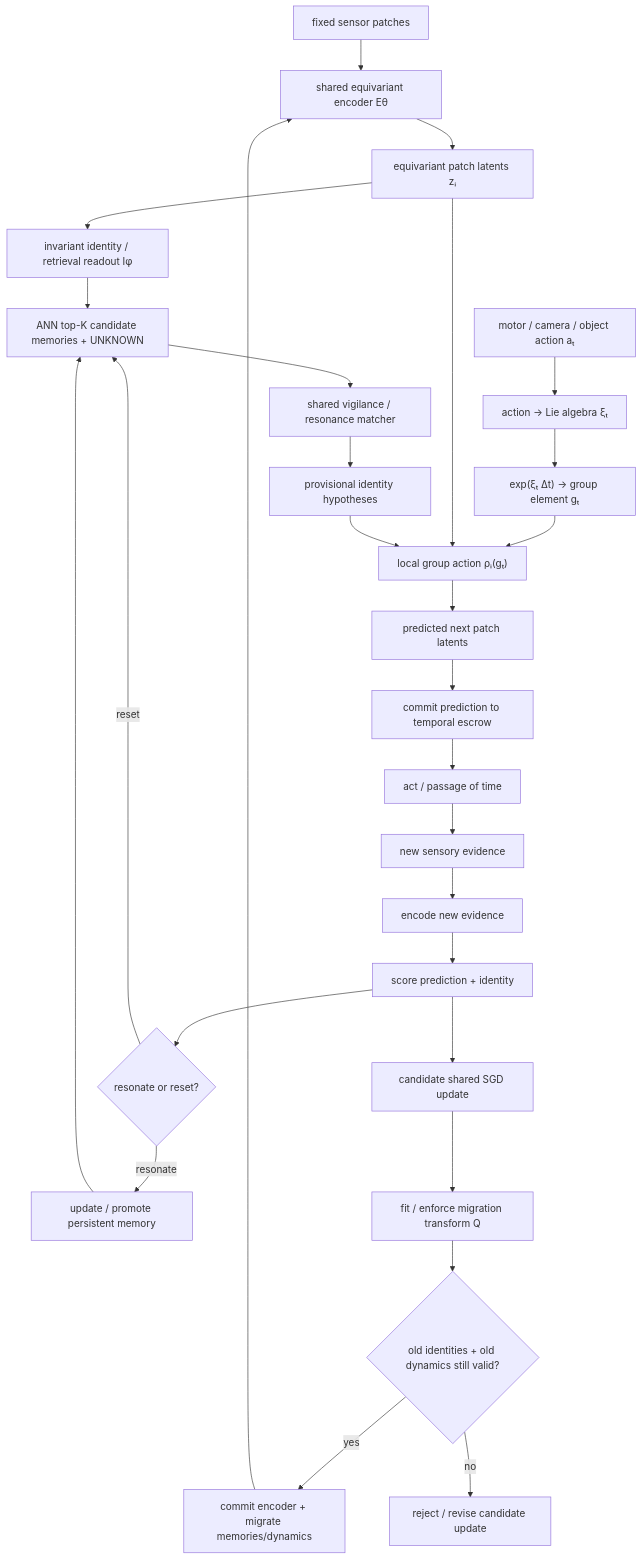
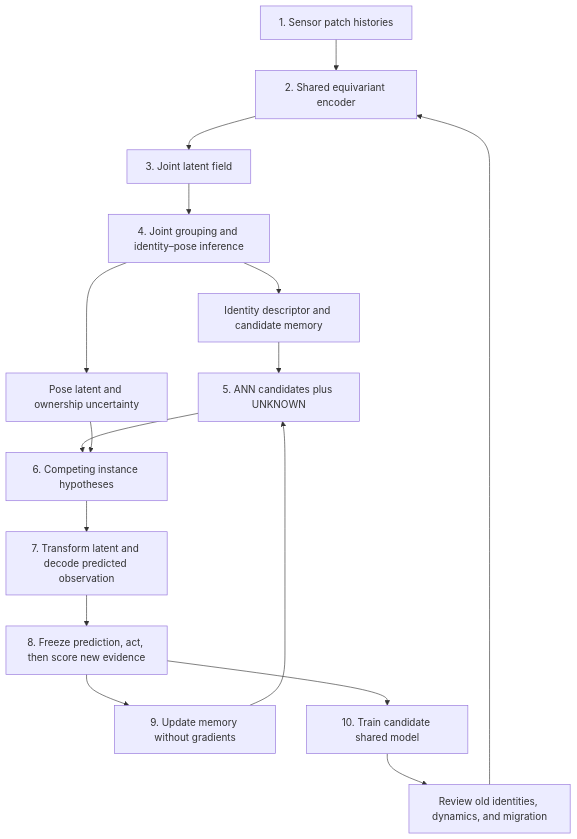
One commit to spencerbug/spencerbug.github.io changed the first of 2 diagrams in _posts/2026-09-28-temporal-escrow-resonance.md. Above: the diagram before and after it, drawn with Mermaid. The commit also changed other lines of this file and 2 other files, not shown here.

First line of the commit message:
Rename architecture to MORPH and address review feedback

```diff
--- a/_posts/2026-09-28-temporal-escrow-resonance.md
+++ b/_posts/2026-09-28-temporal-escrow-resonance.md
@@ -88,34 +90,18 @@
 ~~~mermaid
 flowchart TD
-    X["fixed sensor patches"] --> E["shared equivariant encoder Eθ"]
-    E --> Z["equivariant patch latents zᵢ"]
-
-    A["motor / camera / object action aₜ"] --> XI["action → Lie algebra ξₜ"]
-    XI --> G["exp(ξₜ Δt) → group element gₜ"]
-    G --> D["local group action ρᵢ(gₜ)"]
-
-    Z --> I["invariant identity / retrieval readout Iφ"]
-    I --> ANN["ANN top-K candidate memories + UNKNOWN"]
-    ANN --> V["shared vigilance / resonance matcher"]
-    V --> H["provisional identity hypotheses"]
-
-    Z --> D
-    H --> D
-    D --> P["predicted next patch latents"]
-    P --> Q["commit prediction to temporal escrow"]
-    Q --> ACT["act / passage of time"]
-    ACT --> O["new sensory evidence"]
-    O --> EN["encode new evidence"]
-    EN --> S["score prediction + identity"]
-    S --> RR{"resonate or reset?"}
-    RR -->|resonate| M["update / promote persistent memory"]
-    RR -->|reset| ANN
-
-    S --> U["candidate shared SGD update"]
-    U --> MIG["fit / enforce migration transform Q"]
-    MIG --> REVIEW{"old identities + old dynamics still valid?"}
-    REVIEW -->|yes| COMMIT["commit encoder + migrate memories/dynamics"]
-    REVIEW -->|no| REJECT["reject / revise candidate update"]
-    COMMIT --> E
+    X["1. Sensor patch histories"] --> E["2. Shared equivariant encoder"]
+    E --> Z["3. Joint latent field"]
+    Z --> F["4. Joint grouping and identity–pose inference"]
+    F --> I["Identity descriptor and candidate memory"]
+    F --> P["Pose latent and ownership uncertainty"]
+    I --> ANN["5. ANN candidates plus UNKNOWN"]
+    ANN --> H["6. Competing instance hypotheses"]
+    P --> H
+    H --> D["7. Transform latent and decode predicted observation"]
+    D --> T["8. Freeze prediction, act, then score new evidence"]
+    T --> M["9. Update memory without gradients"]
     M --> ANN
+    T --> U["10. Train candidate shared model"]
+    U --> R["Review old identities, dynamics, and migration"]
+    R --> E
 ~~~
```
